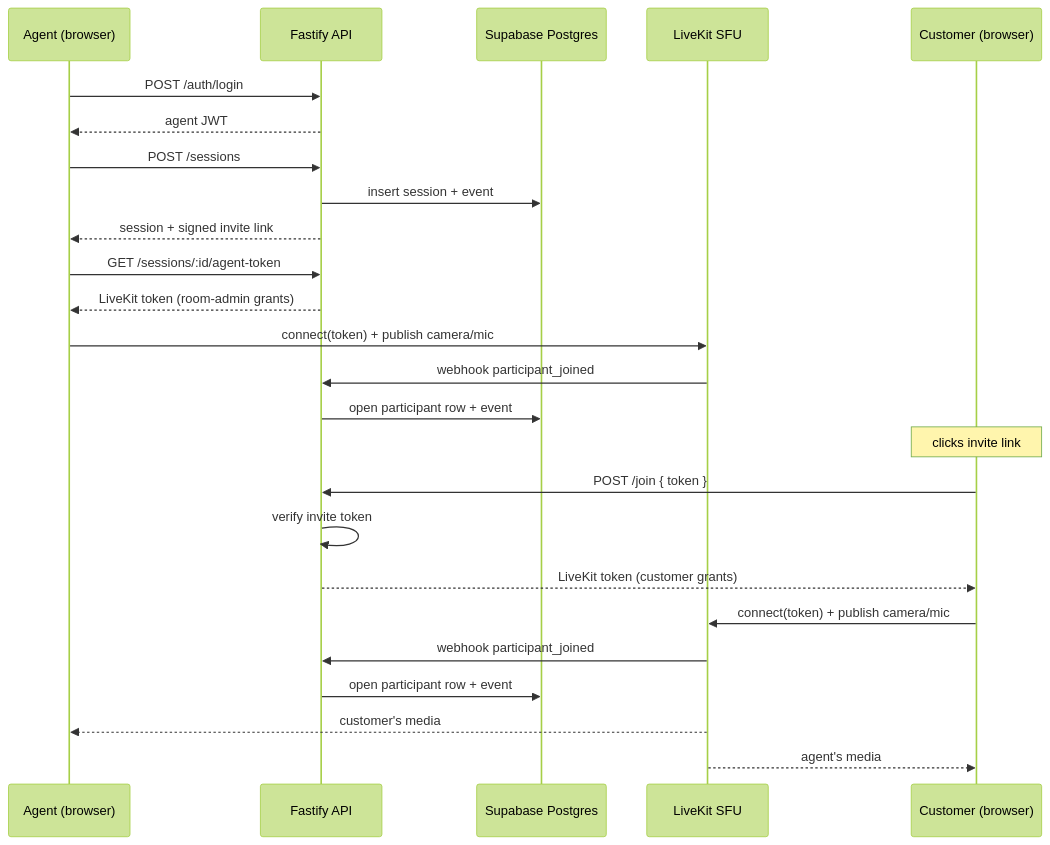
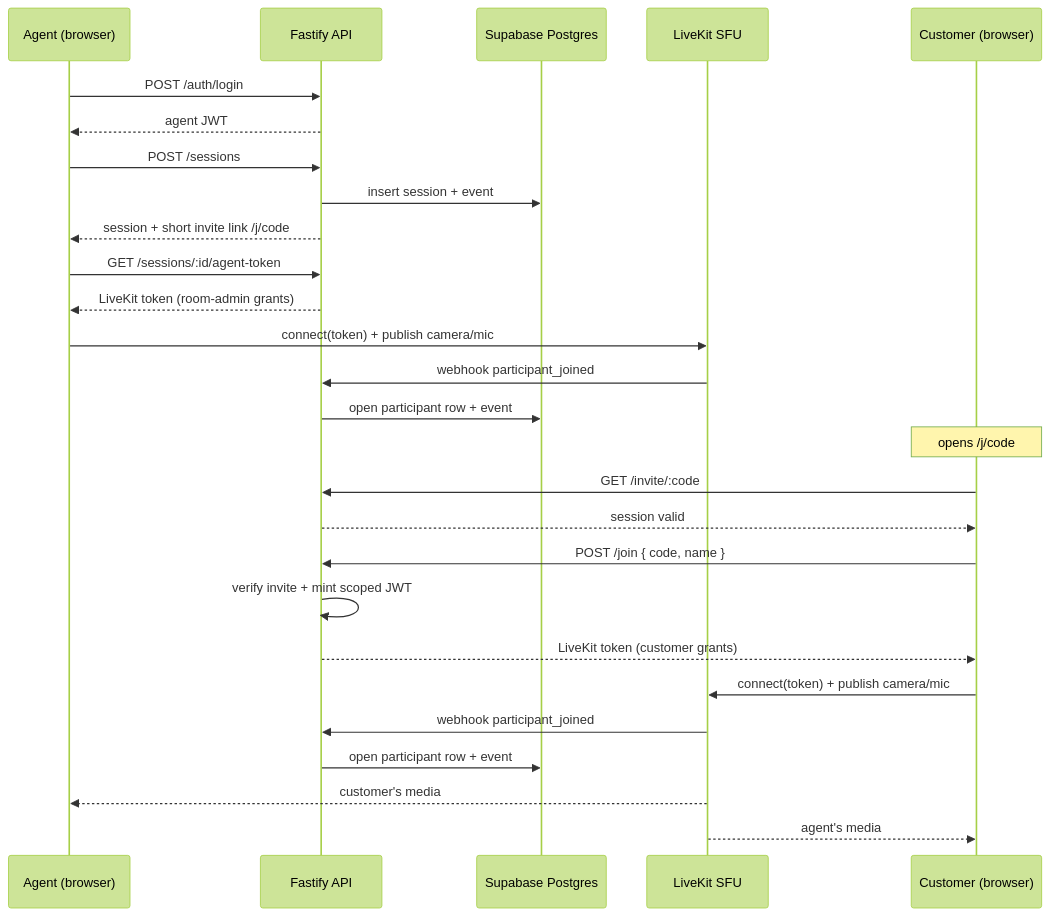
Before and after one commit to SreeRag1907/AssistLens: the second of 3 diagrams in docs/architecture.md, drawn with Mermaid (forest theme). The commit also changed other lines of this file and 2 other files, not shown here.

Commit message:
updated the readme and architecture

````diff
--- a/docs/architecture.md
+++ b/docs/architecture.md
@@ -36,29 +65,31 @@
 ```mermaid
 sequenceDiagram
   participant A as Agent (browser)
   participant API as Fastify API
   participant DB as Supabase Postgres
   participant LK as LiveKit SFU
   participant C as Customer (browser)
 
   A->>API: POST /auth/login
   API-->>A: agent JWT
   A->>API: POST /sessions
   API->>DB: insert session + event
-  API-->>A: session + signed invite link
+  API-->>A: session + short invite link /j/code
   A->>API: GET /sessions/:id/agent-token
   API-->>A: LiveKit token (room-admin grants)
   A->>LK: connect(token) + publish camera/mic
   LK->>API: webhook participant_joined
   API->>DB: open participant row + event
 
-  Note over C: clicks invite link
-  C->>API: POST /join { token }
-  API->>API: verify invite token
+  Note over C: opens /j/code
+  C->>API: GET /invite/:code
+  API-->>C: session valid
+  C->>API: POST /join { code, name }
+  API->>API: verify invite + mint scoped JWT
   API-->>C: LiveKit token (customer grants)
   C->>LK: connect(token) + publish camera/mic
   LK->>API: webhook participant_joined
   API->>DB: open participant row + event
   LK-->>A: customer's media
   LK-->>C: agent's media
 ```
````
